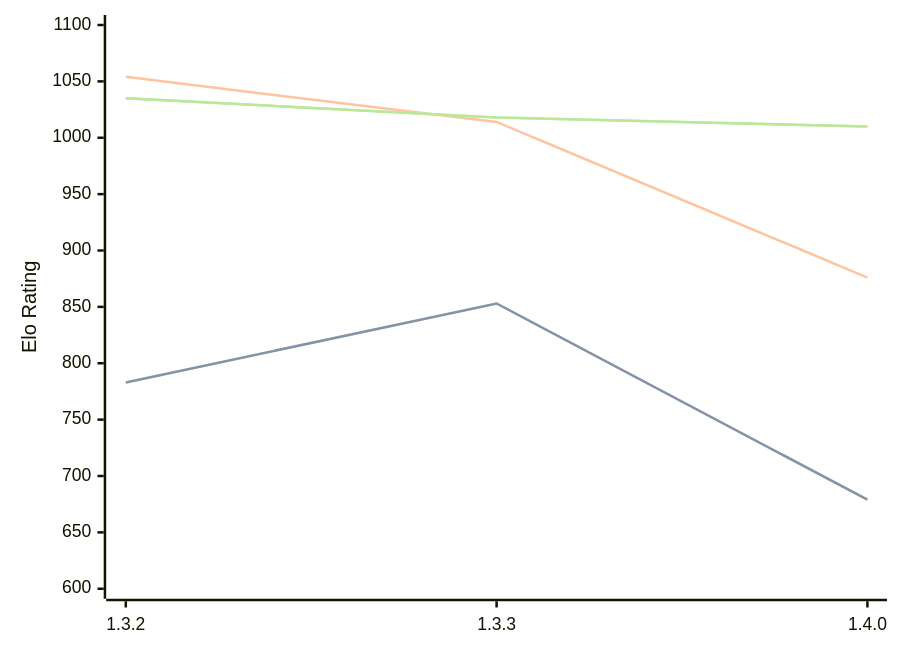
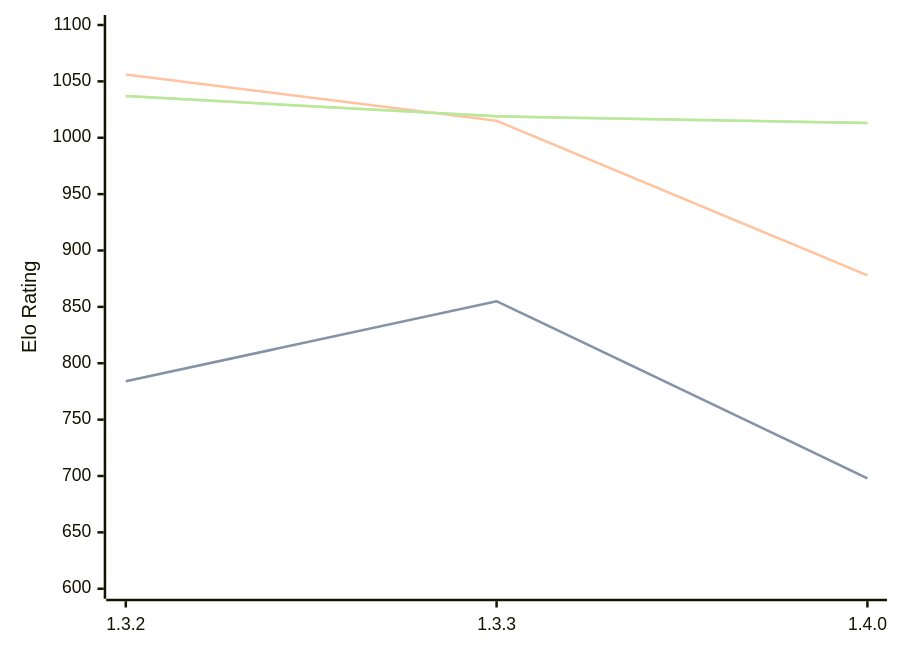
Before and after one commit to computer-chess-index/cci: the diagram in engines/Whitespine.md, drawn with Mermaid. The commit also changed other lines of this file, not shown here.

Commit message:
Update CCI Ratings (ELO VLTC) - 2026-08-09

````diff
--- a/engines/Whitespine.md
+++ b/engines/Whitespine.md
@@ -33,11 +33,11 @@
 ```mermaid
 %%{init: {"theme":"base","themeVariables":{"seriesColors:['#a3a3a3','#222221','#faa371']}}}%%
 xychart-beta
   x-axis ["1.3.2", "1.3.3", "1.4.0"]
   y-axis "Elo Rating" 600 --> 1100
-  line "STC (8.0+0.08s)" [783, 853, 679]
-  line "STC (8.0+0.08s)" [783, 853, 679]
-  line "LTC (60.0+0.60s)" [1054, 1014, 876]
-  line "VLTC (2m24s+1.12s)" [1035, 1018, 1010]
-  line "VLTC (2m24s+1.12s)" [1035, 1018, 1010]
+  line "STC (8.0+0.08s)" [784, 855, 698]
+  line "STC (8.0+0.08s)" [784, 855, 698]
+  line "LTC (60.0+0.60s)" [1056, 1015, 878]
+  line "VLTC (2m24s+1.12s)" [1037, 1019, 1013]
+  line "VLTC (2m24s+1.12s)" [1037, 1019, 1013]
 ```
````
